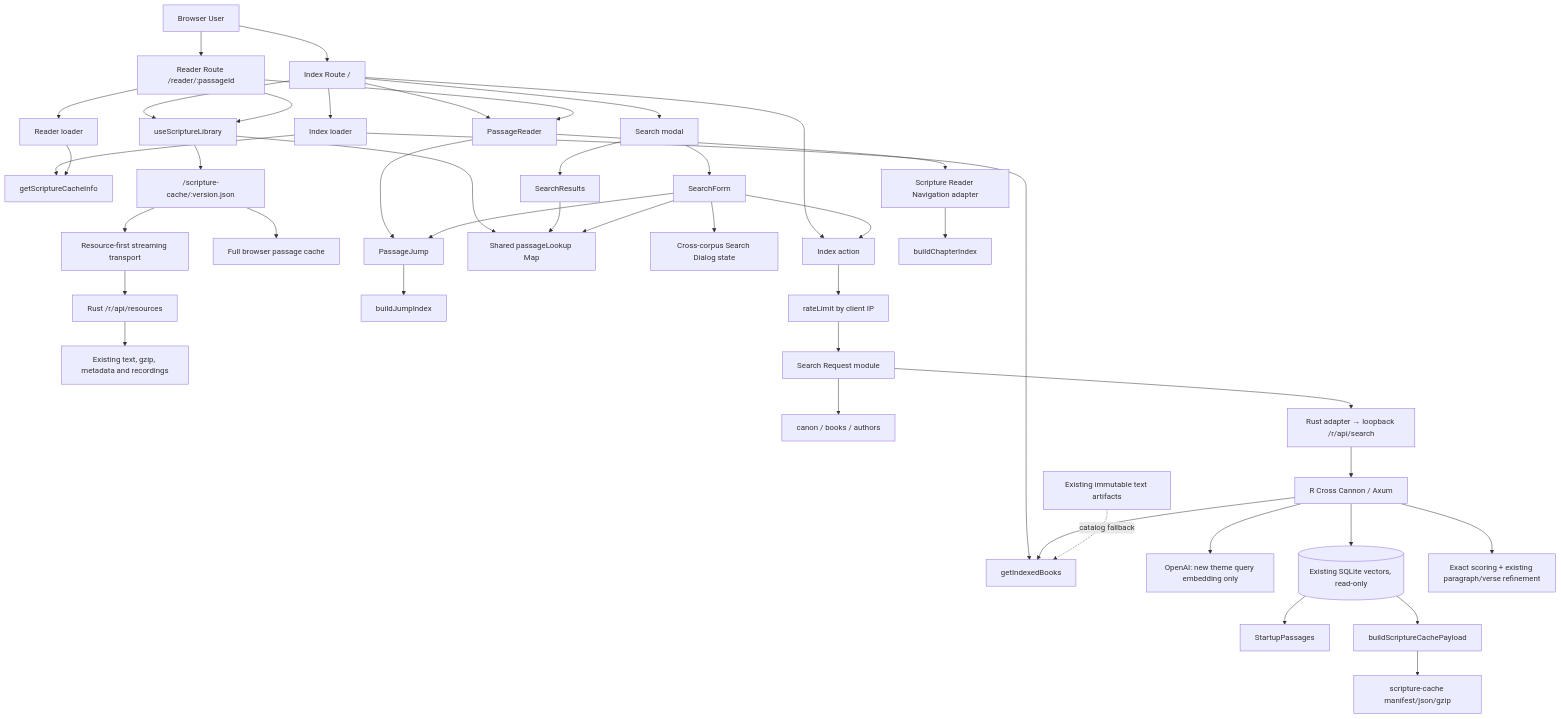
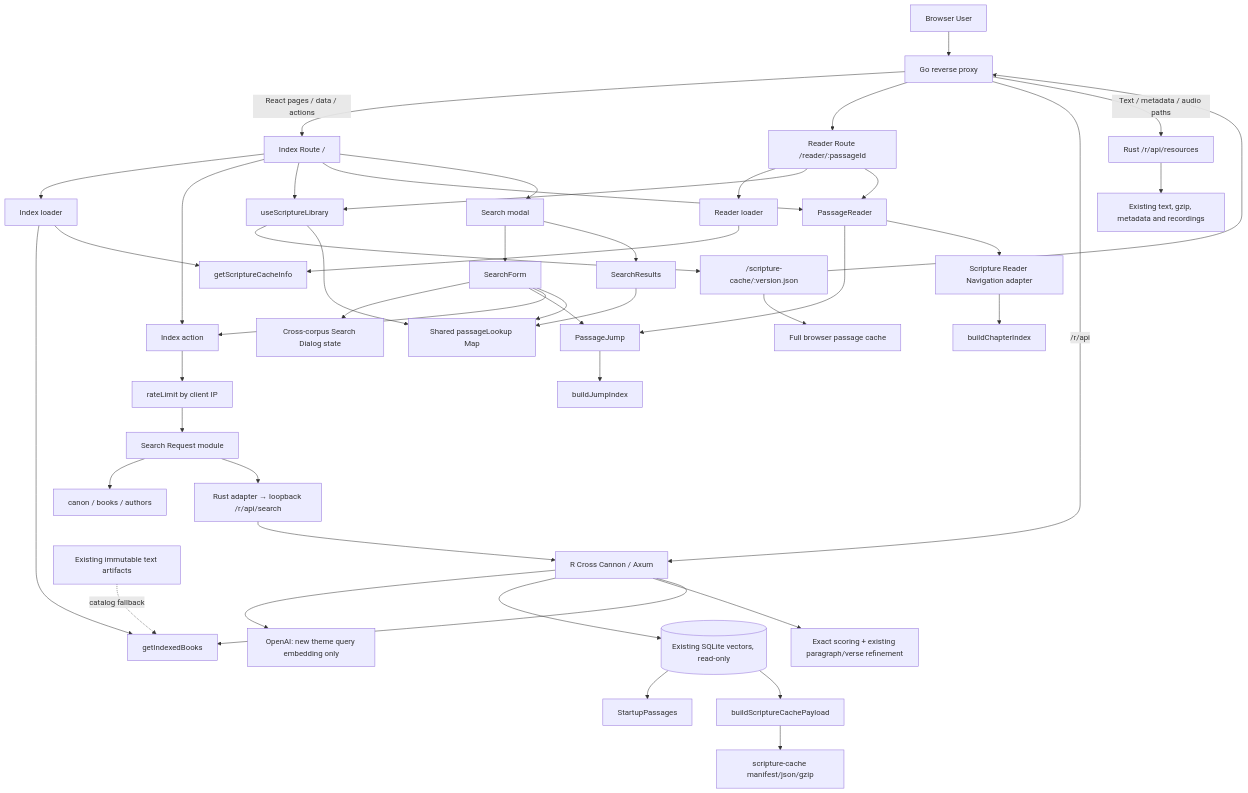
One commit to jacksonStone/cross-cannon changed the first of 5 diagrams in docs/architecture.md. Above: the diagram before and after it, drawn with Mermaid. The commit also changed 11 other files, not shown here.

Commit message:
Verify direct Rust edge routing and record runtime comparison

````diff
--- a/docs/architecture.md
+++ b/docs/architecture.md
@@ -29,55 +29,57 @@
 ```mermaid
 flowchart TD
-  User["Browser User"] --> Root["Index Route /"]
-  User --> ReaderRoute["Reader Route /reader/:passageId"]
+  User["Browser User"] --> EdgeProxy["Go reverse proxy"]
+  EdgeProxy -->|"React pages / data / actions"| Root["Index Route /"]
+  EdgeProxy --> ReaderRoute["Reader Route /reader/:passageId"]
+  EdgeProxy -->|"/r/api"| Rust
 
   Root --> Loader[Index loader]
   Root --> Action[Index action]
   ReaderRoute --> ReaderLoader[Reader loader]
 
   Loader --> IndexedBooks[getIndexedBooks]
   Loader --> CacheInfo[getScriptureCacheInfo]
   ReaderLoader --> CacheInfo
 
   Root --> ScriptureLibrary[useScriptureLibrary]
   ReaderRoute --> ScriptureLibrary
 
   ScriptureLibrary --> BrowserCache["/scripture-cache/:version.json"]
   BrowserCache --> FullPassageCache["Full browser passage cache"]
-  BrowserCache --> ResourceBridge["Resource-first streaming transport"]
-  ResourceBridge --> RustResources["Rust /r/api/resources"]
+  BrowserCache --> EdgeProxy
+  EdgeProxy -->|"Text / metadata / audio paths"| RustResources["Rust /r/api/resources"]
   RustResources --> ExistingFiles["Existing text, gzip, metadata and recordings"]
   ScriptureLibrary --> PassageLookup["Shared passageLookup Map"]
 
   Root --> PassageReader[PassageReader]
   Root --> SearchModal[Search modal]
   ReaderRoute --> PassageReader
 
   SearchModal --> SearchForm[SearchForm]
   SearchModal --> SearchResults[SearchResults]
   SearchForm --> SearchDialogState[Cross-corpus Search Dialog state]
   PassageReader --> PassageJump[PassageJump]
   SearchForm --> PassageJump
 
   SearchForm --> Action
   SearchResults --> PassageLookup
   SearchForm --> PassageLookup
   PassageReader --> ScriptureNavigation[Scripture Reader Navigation adapter]
   ScriptureNavigation --> ChapterIndex[buildChapterIndex]
   PassageJump --> JumpIndex[buildJumpIndex]
 
   Action --> RateLimit[rateLimit by client IP]
   RateLimit --> SearchRequest[Search Request module]
   SearchRequest --> Filters[canon / books / authors]
   SearchRequest --> SearchEngine["Rust adapter → loopback /r/api/search"]
 
   SearchEngine --> Rust["R Cross Cannon / Axum"]
   Rust --> OpenAI["OpenAI: new theme query embedding only"]
   Rust --> DB[("Existing SQLite vectors, read-only")]
   Rust --> Vector["Exact scoring + existing paragraph/verse refinement"]
   Rust --> IndexedBooks
   TextArtifacts["Existing immutable text artifacts"] -. catalog fallback .-> IndexedBooks
   DB --> StartupPassages
   DB --> CacheBuild[buildScriptureCachePayload]
   CacheBuild --> StaticCache["scripture-cache manifest/json/gzip"]
 ```
````
